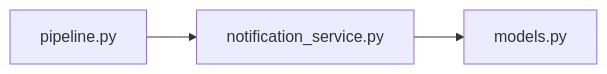
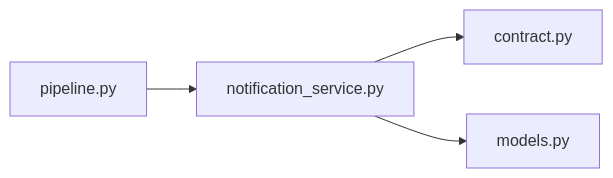
One commit to minkong-dev/Banblit changed the diagram in .cluedoc/graph/backend/src/backend/services/notification/notification_service.md. Above: the diagram before and after it, drawn with Mermaid. The commit also changed other lines of this file and 35 other files, not shown here.

````diff
--- a/.cluedoc/graph/backend/src/backend/services/notification/notification_service.md
+++ b/.cluedoc/graph/backend/src/backend/services/notification/notification_service.md
@@ -10,6 +10,7 @@
 ```mermaid
 flowchart LR
   backend_src_backend_services_notification_notification_service["notification_service.py"]
+  backend_src_backend_services_notification_notification_service --> backend_src_backend_contract["contract.py"]
   backend_src_backend_services_notification_notification_service --> backend_src_backend_db_models["models.py"]
   backend_src_backend_services_notification_pipeline["pipeline.py"] --> backend_src_backend_services_notification_notification_service
 ```
````
